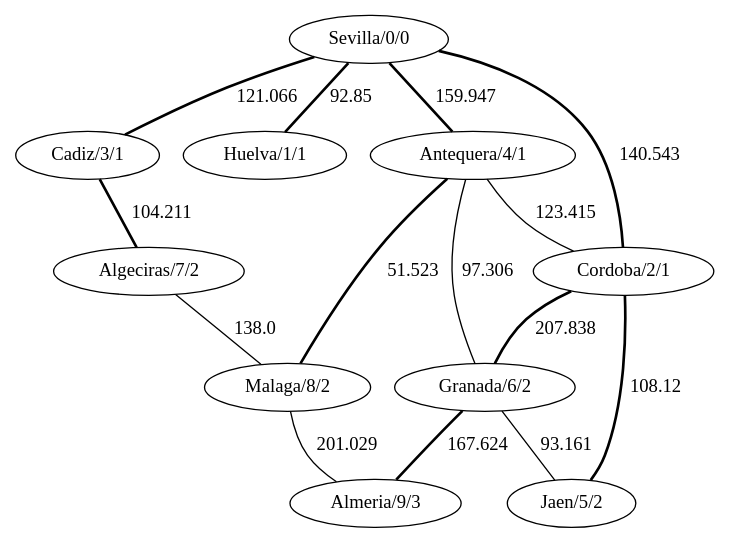
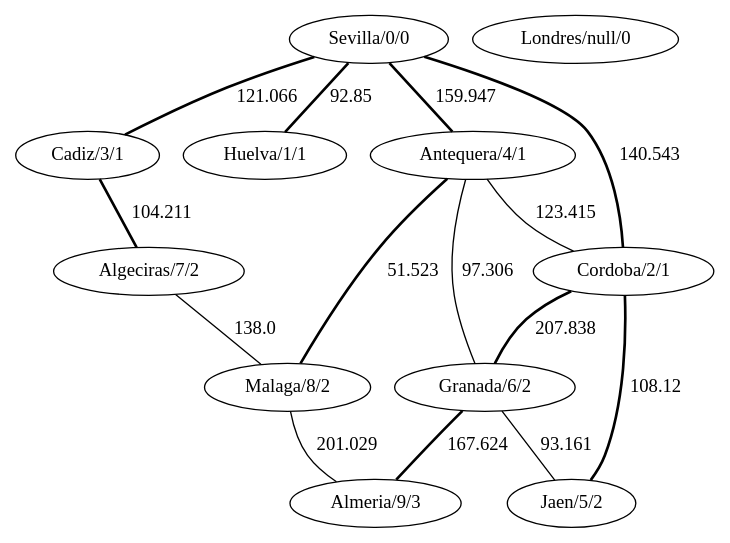
The diagram in java/EjemplosDeGrafos/ficheros/andaluciaAnchura.gv (migueltoro/ada_v2_18), drawn with Graphviz before and after one commit. The commit also changed 2 other files, not shown here.

```diff
--- a/java/EjemplosDeGrafos/ficheros/andaluciaAnchura.gv
+++ b/java/EjemplosDeGrafos/ficheros/andaluciaAnchura.gv
@@ -1,26 +1,27 @@
 strict graph G {
   1 [ label="Sevilla/0/0" ];
   2 [ label="Cadiz/3/1" ];
   3 [ label="Huelva/1/1" ];
   4 [ label="Cordoba/2/1" ];
   5 [ label="Malaga/8/2" ];
   6 [ label="Antequera/4/1" ];
   7 [ label="Almeria/9/3" ];
   8 [ label="Granada/6/2" ];
   9 [ label="Jaen/5/2" ];
   10 [ label="Algeciras/7/2" ];
+  11 [ label="Londres/null/0" ];
   1 -- 3 [ label="92.85" style="bold" ];
   1 -- 4 [ label="140.543" style="bold" ];
   1 -- 2 [ label="121.066" style="bold" ];
   1 -- 6 [ label="159.947" style="bold" ];
   6 -- 8 [ label="97.306" ];
   6 -- 5 [ label="51.523" style="bold" ];
   6 -- 4 [ label="123.415" ];
   5 -- 7 [ label="201.029" ];
   4 -- 9 [ label="108.12" style="bold" ];
   4 -- 8 [ label="207.838" style="bold" ];
   8 -- 7 [ label="167.624" style="bold" ];
   8 -- 9 [ label="93.161" ];
   2 -- 10 [ label="104.211" style="bold" ];
   10 -- 5 [ label="138.0" ];
 }
```
